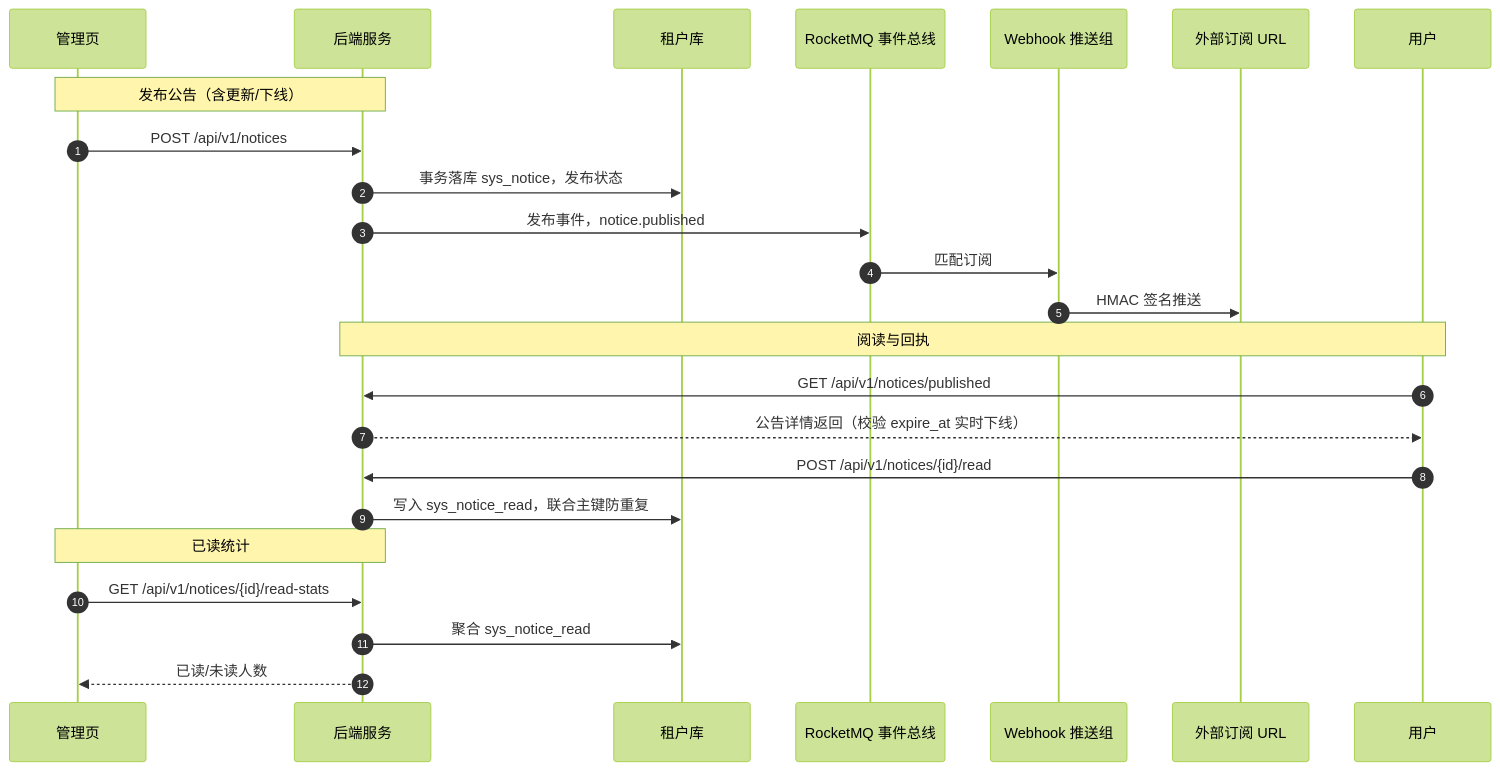
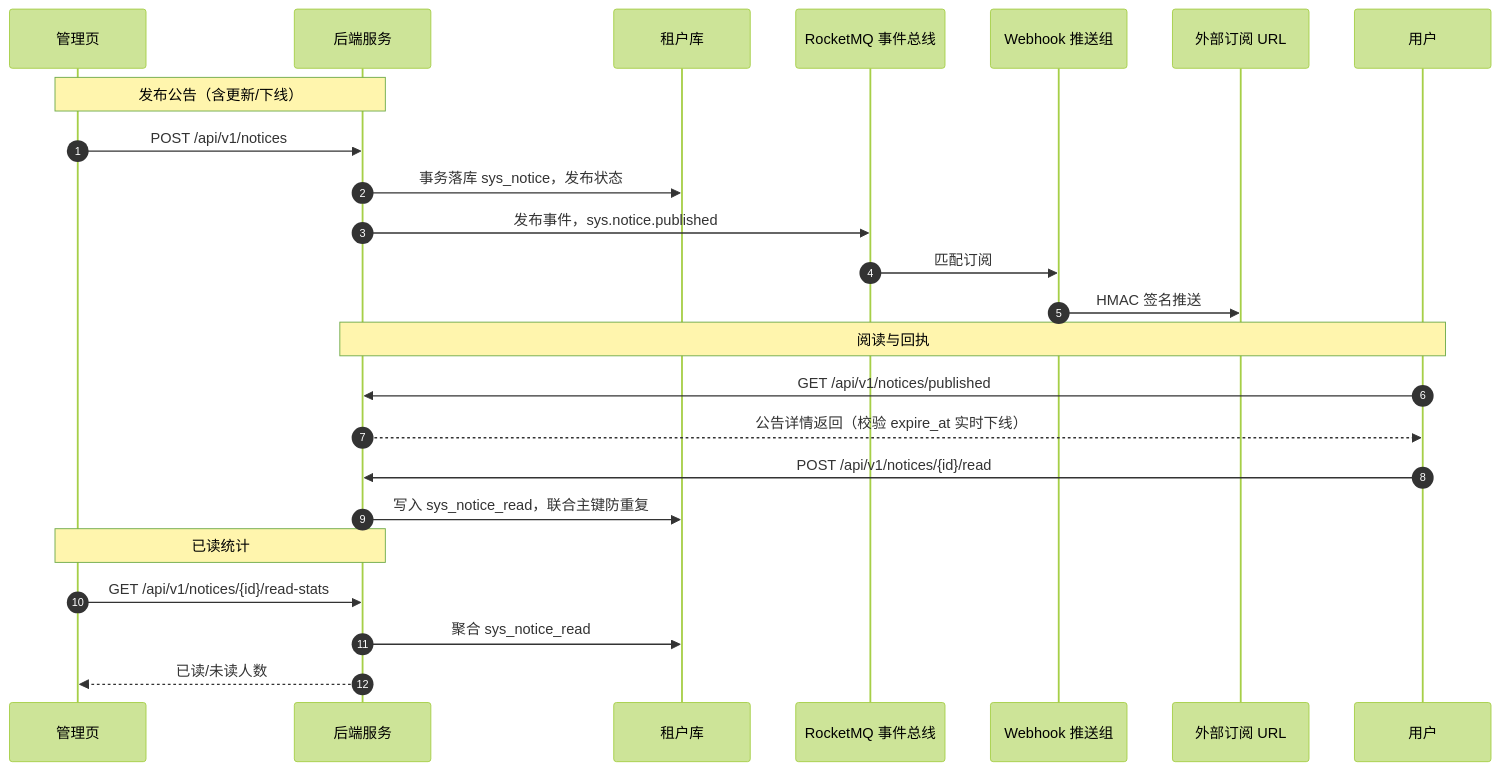
Before and after one commit to minjian123/basic-management-system: the diagram in bms文档/设计/概要设计/18_概要设计_公告管理.md, drawn with Mermaid (forest theme). The commit also changed other lines of this file and 28 other files, not shown here.

````diff
--- a/bms文档/设计/概要设计/18_概要设计_公告管理.md
+++ b/bms文档/设计/概要设计/18_概要设计_公告管理.md
@@ -50,27 +50,27 @@
 ```mermaid
 sequenceDiagram
     autonumber
     participant 管理页
     participant 后端服务
     participant 租户库
     participant RocketMQ as RocketMQ 事件总线
     participant Webhook推送组 as Webhook 推送组
     participant 外部订阅URL as 外部订阅 URL
     participant 用户
 
     Note over 管理页,后端服务: 发布公告（含更新/下线）
     管理页->>后端服务: POST /api/v1/notices
     后端服务->>租户库: 事务落库 sys_notice，发布状态
-    后端服务->>RocketMQ: 发布事件，notice.published
+    后端服务->>RocketMQ: 发布事件，sys.notice.published
     RocketMQ->>Webhook推送组: 匹配订阅
     Webhook推送组->>外部订阅URL: HMAC 签名推送
     Note over 用户,后端服务: 阅读与回执
     用户->>后端服务: GET /api/v1/notices/published
     后端服务-->>用户: 公告详情返回（校验 expire_at 实时下线）
     用户->>后端服务: POST /api/v1/notices/{id}/read
     后端服务->>租户库: 写入 sys_notice_read，联合主键防重复
     Note over 管理页,后端服务: 已读统计
     管理页->>后端服务: GET /api/v1/notices/{id}/read-stats
     后端服务->>租户库: 聚合 sys_notice_read
     后端服务-->>管理页: 已读/未读人数
 ```
````
